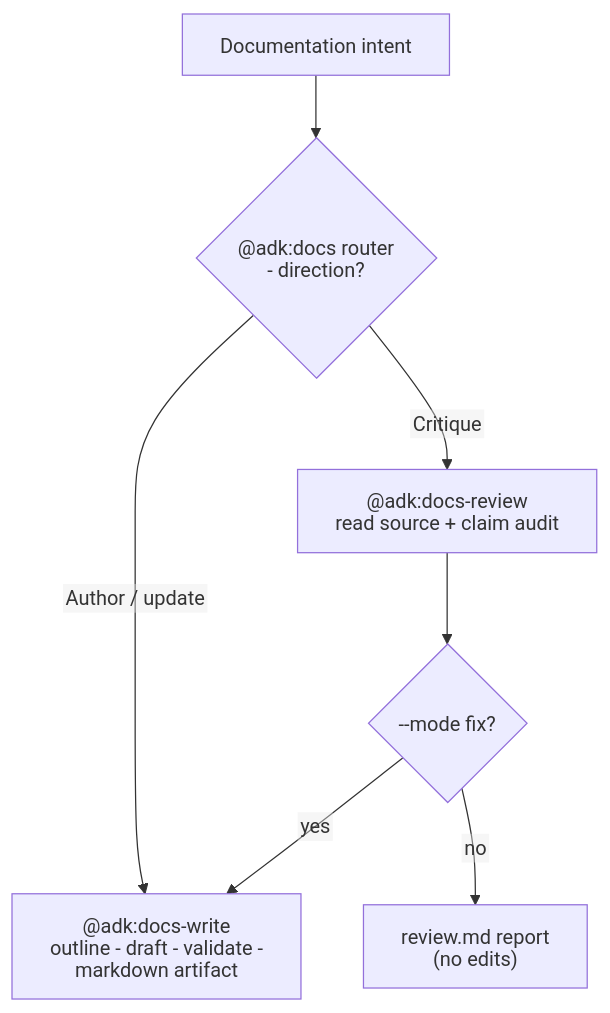
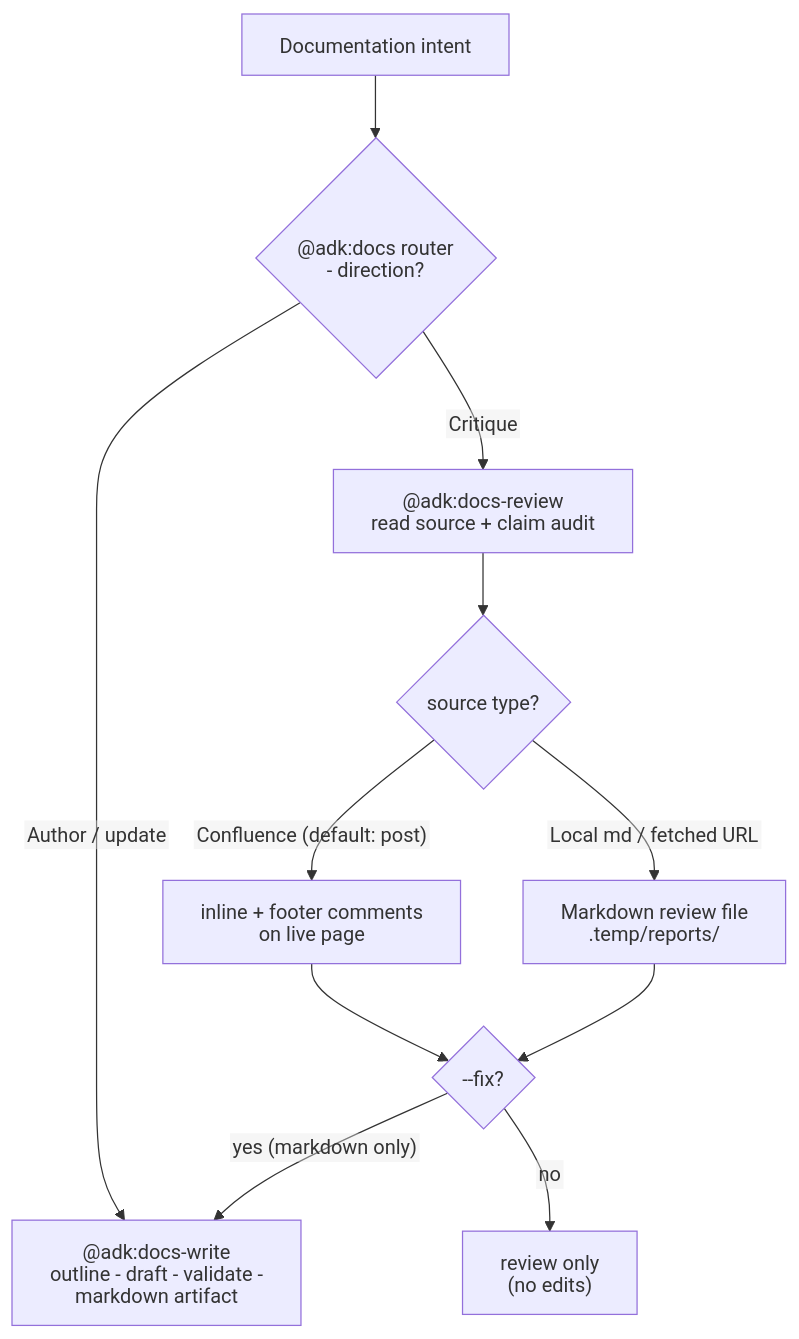
One commit to sujeet-pro/agents-devkit changed the diagram in docs/guide/documentation/diagrams/docs-routing.mermaid. Above: the diagram before and after it, drawn with Mermaid. The commit also changed 109 other files, not shown here.

```diff
--- a/docs/guide/documentation/diagrams/docs-routing.mermaid
+++ b/docs/guide/documentation/diagrams/docs-routing.mermaid
@@ -1,8 +1,12 @@
 %%{init: {'htmlLabels': false}}%%
 flowchart TD
   A["Documentation intent"] --> B{"@adk:docs router\n-> direction?"}
   B -- "Author / update" --> D["@adk:docs-write\noutline -> draft -> validate -> markdown artifact"]
   B -- "Critique" --> E["@adk:docs-review\nread source + claim audit"]
-  E --> F{"--mode fix?"}
-  F -- "yes" --> D
-  F -- "no" --> G["review.md report\n(no edits)"]
+  E --> S{"source type?"}
+  S -- "Confluence (default: post)" --> P["inline + footer comments\non live page"]
+  S -- "Local md / fetched URL" --> R["Markdown review file\n.temp/reports/"]
+  P --> F{"--fix?"}
+  R --> F
+  F -- "yes (markdown only)" --> D
+  F -- "no" --> G["review only\n(no edits)"]
```
